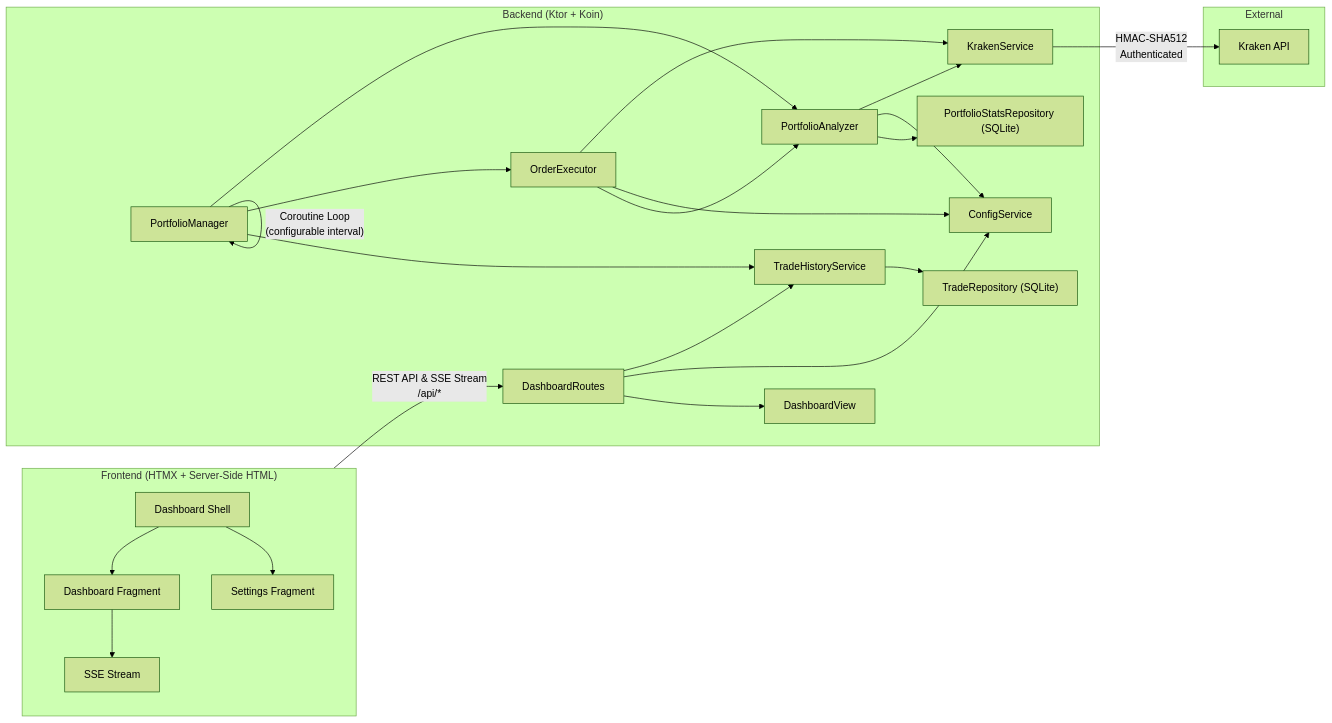
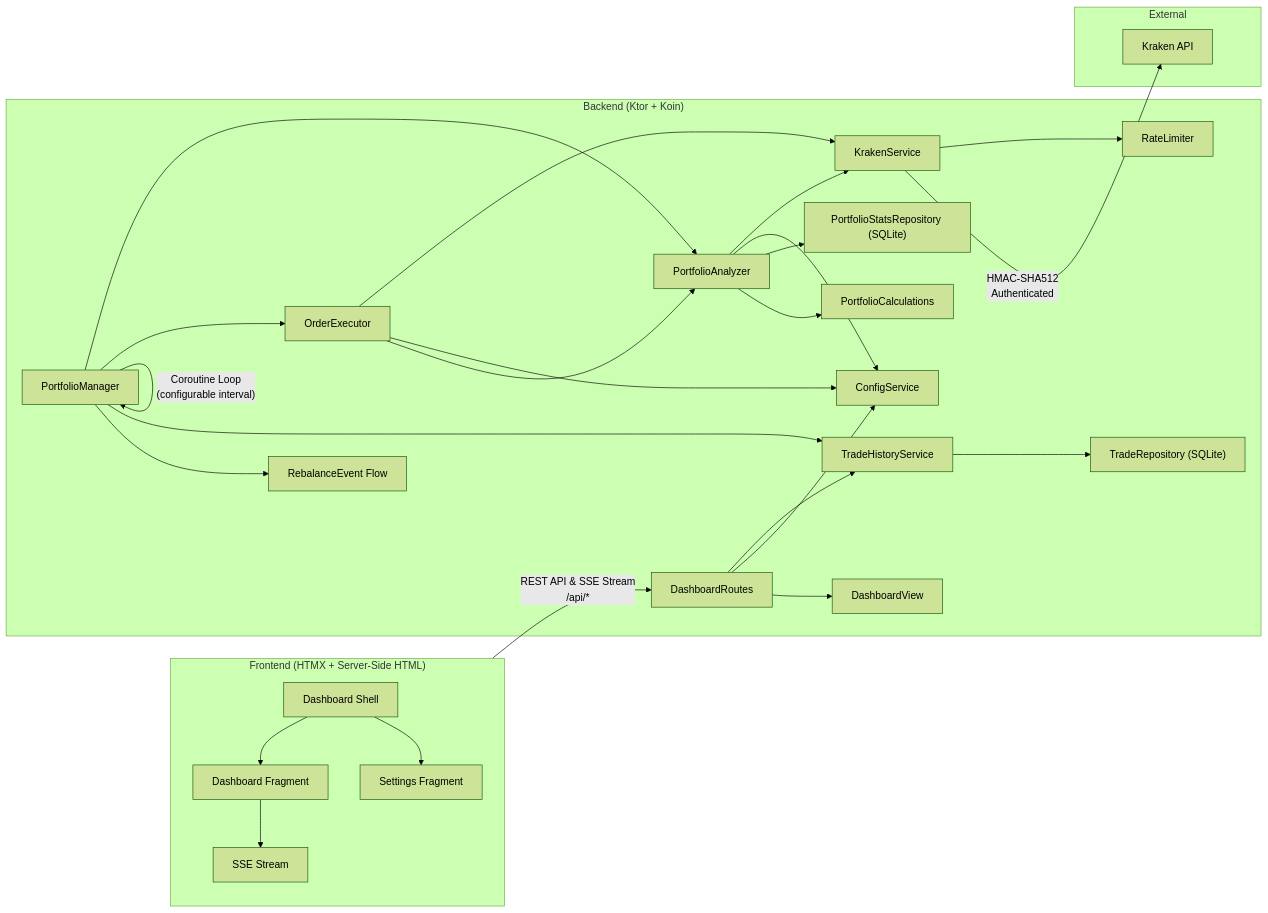
One commit to HyperVon/new-kraken-rebalancer changed the first of 2 diagrams in README.md. Above: the diagram before and after it, drawn with Mermaid (forest theme). The commit also changed other lines of this file and 4 other files, not shown here.

Commit message:
Updated documentation to reflect new event-driven monitoring and flow-based API

````diff
--- a/README.md
+++ b/README.md
@@ -262,32 +277,35 @@
 ```mermaid
 graph LR
     subgraph Frontend["Frontend (HTMX + Server-Side HTML)"]
         D[Dashboard Shell] --> DF[Dashboard Fragment]
         D --> SF[Settings Fragment]
         DF --> SS[SSE Stream]
     end
 
     subgraph Backend["Backend (Ktor + Koin)"]
         DC[DashboardRoutes] --> THS[TradeHistoryService]
         DC --> CS[ConfigService]
         DC --> DV[DashboardView]
         PM[PortfolioManager] --> PA[PortfolioAnalyzer]
         PM --> OE[OrderExecutor]
         PM --> THS
+        PM --> RF["RebalanceEvent Flow"]
         PA --> KS[KrakenService]
         PA --> CS
         PA --> PSR["PortfolioStatsRepository (SQLite)"]
+        PA --> PC[PortfolioCalculations]
         OE --> KS
         OE --> CS
         OE --> PA
         THS --> TR["TradeRepository (SQLite)"]
+        KS --> RL[RateLimiter]
     end
 
     subgraph External
         KA[Kraken API]
     end
 
     Frontend -- "REST API & SSE Stream\n/api/*" --> DC
     PM -- "Coroutine Loop\n(configurable interval)" --> PM
     KS -- "HMAC-SHA512\nAuthenticated" --> KA
 ```
````
